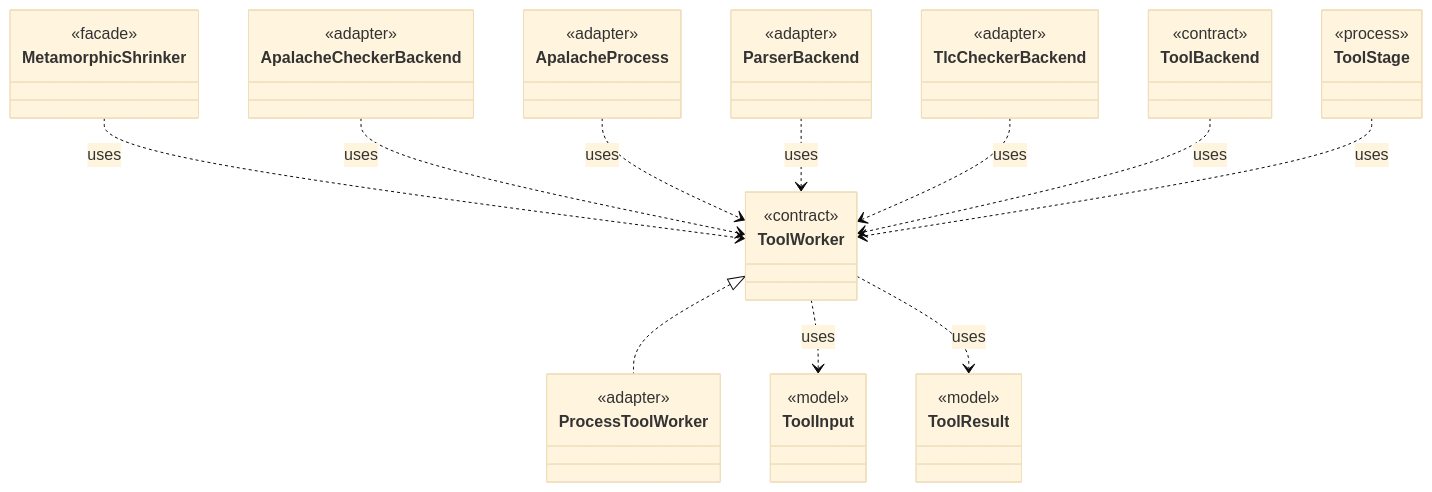
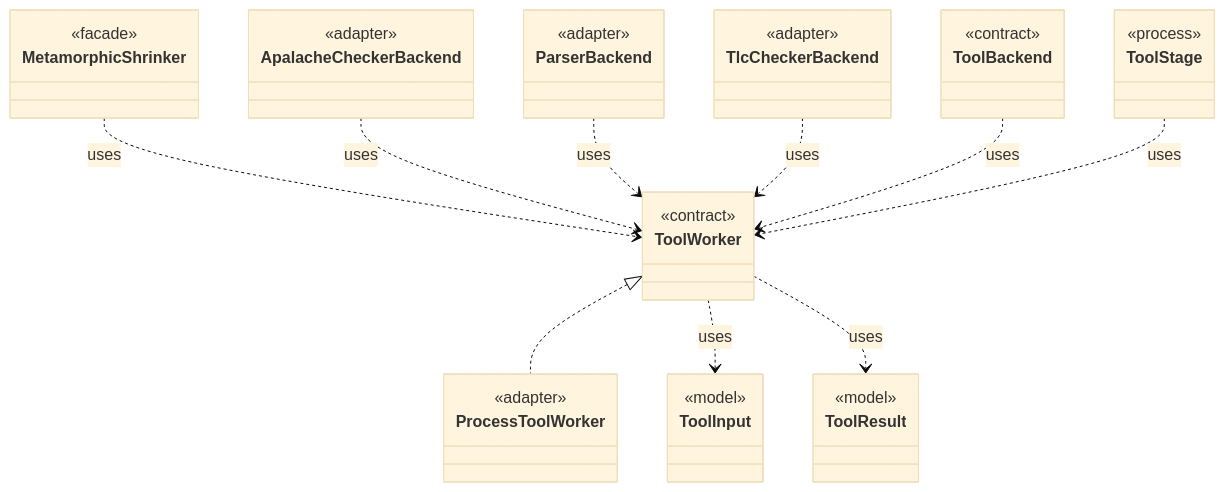
The diagram in dev/types/io.github.tlaplus.hardening.workflow.tool.ToolWorker.md (tlaplus/model-checker-hardening), drawn with Mermaid (base theme) before and after one commit. The commit also changed other lines of this file and 408 other files, not shown here.

````diff
--- a/dev/types/io.github.tlaplus.hardening.workflow.tool.ToolWorker.md
+++ b/dev/types/io.github.tlaplus.hardening.workflow.tool.ToolWorker.md
@@ -7,46 +7,42 @@
 ```mermaid
 classDiagram
   class ToolWorker {
     <<contract>>
   }
   class ProcessToolWorker {
     <<adapter>>
   }
   class ToolInput {
     <<model>>
   }
   class ToolResult {
     <<model>>
   }
   class MetamorphicShrinker {
     <<facade>>
   }
   class ApalacheCheckerBackend {
     <<adapter>>
   }
-  class ApalacheProcess {
-    <<adapter>>
-  }
   class ParserBackend {
     <<adapter>>
   }
   class TlcCheckerBackend {
     <<adapter>>
   }
   class ToolBackend {
     <<contract>>
   }
   class ToolStage {
     <<process>>
   }
   ToolWorker <|.. ProcessToolWorker
   ToolWorker ..> ToolInput : uses
   ToolWorker ..> ToolResult : uses
   MetamorphicShrinker ..> ToolWorker : uses
   ApalacheCheckerBackend ..> ToolWorker : uses
-  ApalacheProcess ..> ToolWorker : uses
   ParserBackend ..> ToolWorker : uses
   TlcCheckerBackend ..> ToolWorker : uses
   ToolBackend ..> ToolWorker : uses
   ToolStage ..> ToolWorker : uses
 ```
````
